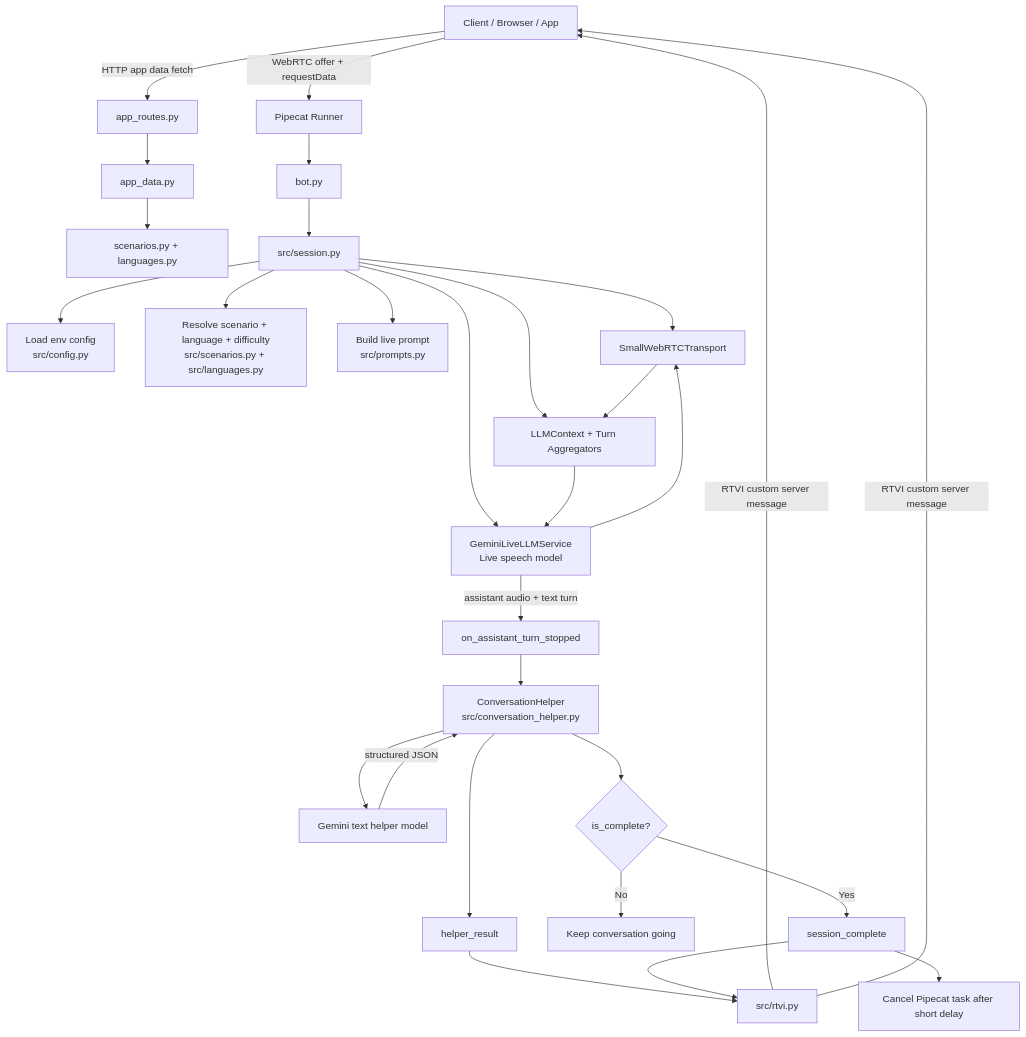
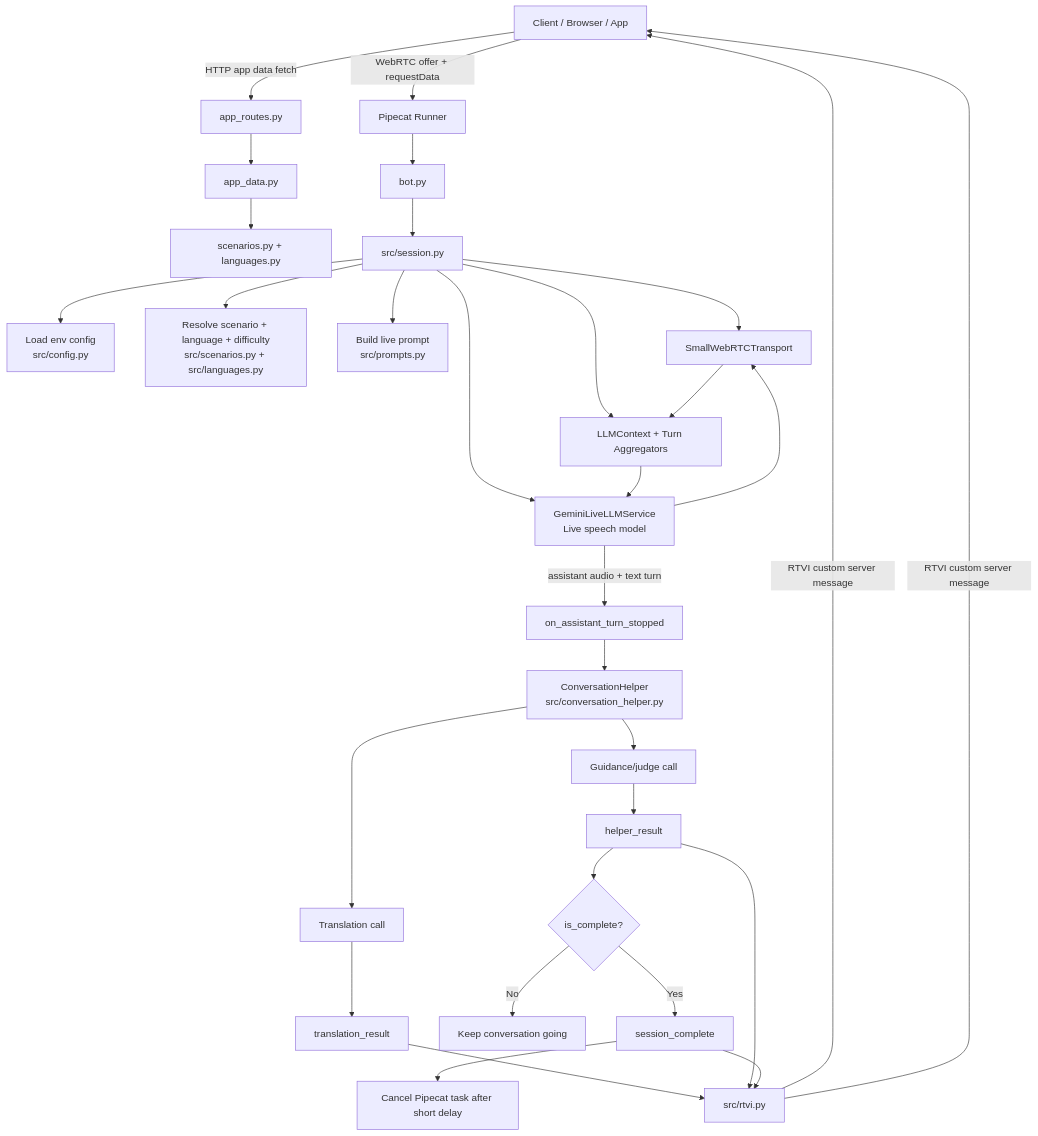
Before and after one commit to adityabhattad2021/talkthrough: the diagram in server/ARCHITECTURE.md, drawn with Mermaid. The commit also changed other lines of this file and 1 other file, not shown here.

````diff
--- a/server/ARCHITECTURE.md
+++ b/server/ARCHITECTURE.md
@@ -59,38 +59,39 @@
 ```mermaid
 flowchart TD
     A["Client / Browser / App"] -->|HTTP app data fetch| B["app_routes.py"]
     B --> C["app_data.py"]
     C --> D["scenarios.py + languages.py"]
 
     A -->|WebRTC offer + requestData| E["Pipecat Runner"]
     E --> F["bot.py"]
     F --> G["src/session.py"]
 
     G --> H["Load env config<br/>src/config.py"]
     G --> I["Resolve scenario + language + difficulty<br/>src/scenarios.py + src/languages.py"]
     G --> J["Build live prompt<br/>src/prompts.py"]
 
     G --> K["SmallWebRTCTransport"]
     G --> L["LLMContext + Turn Aggregators"]
     G --> M["GeminiLiveLLMService<br/>Live speech model"]
 
     K --> L
     L --> M
     M --> K
 
     M -->|assistant audio + text turn| N["on_assistant_turn_stopped"]
     N --> O["ConversationHelper<br/>src/conversation_helper.py"]
-    O --> P["Gemini text helper model"]
+    O --> P["Translation call"]
+    O --> Q["Guidance/judge call"]
+    P --> R["translation_result"]
+    Q --> S["helper_result"]
+    R --> T["src/rtvi.py"]
+    S --> T
+    T -->|RTVI custom server message| A
 
-    P -->|structured JSON| O
-    O --> Q["helper_result"]
-    Q --> R["src/rtvi.py"]
-    R -->|RTVI custom server message| A
-
-    O --> S{"is_complete?"}
-    S -->|No| T["Keep conversation going"]
-    S -->|Yes| U["session_complete"]
-    U --> R
-    R -->|RTVI custom server message| A
-    U --> V["Cancel Pipecat task after short delay"]
+    S --> U{"is_complete?"}
+    U -->|No| V["Keep conversation going"]
+    U -->|Yes| W["session_complete"]
+    W --> T
+    T -->|RTVI custom server message| A
+    W --> X["Cancel Pipecat task after short delay"]
 ```
````
